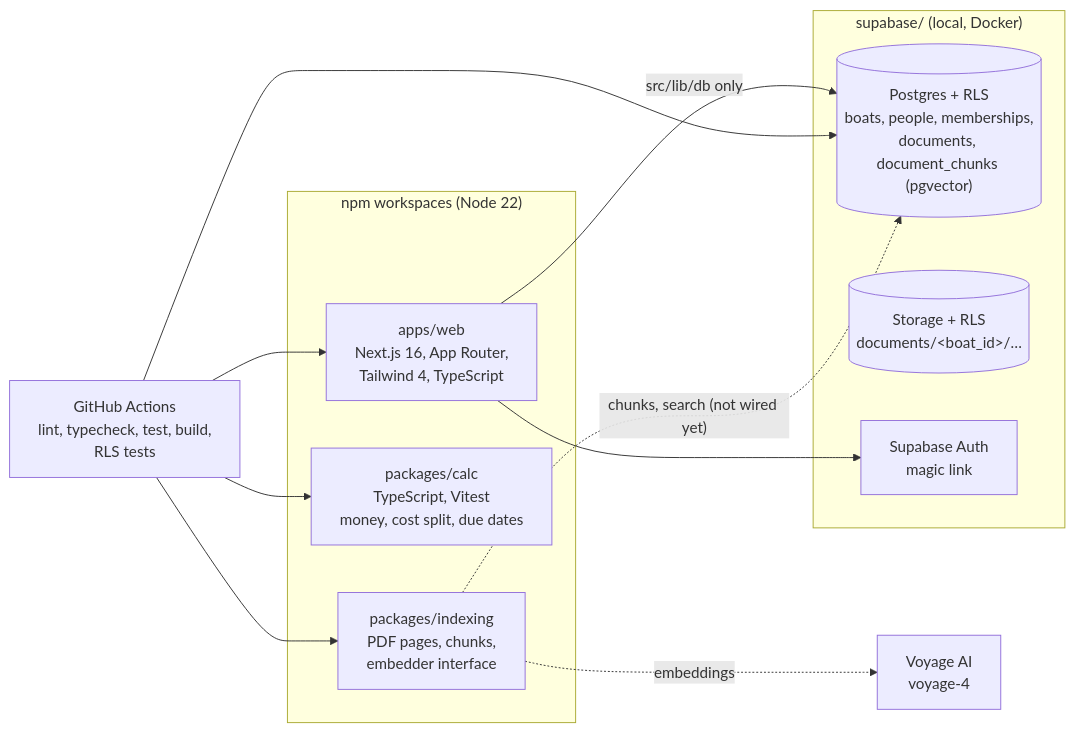
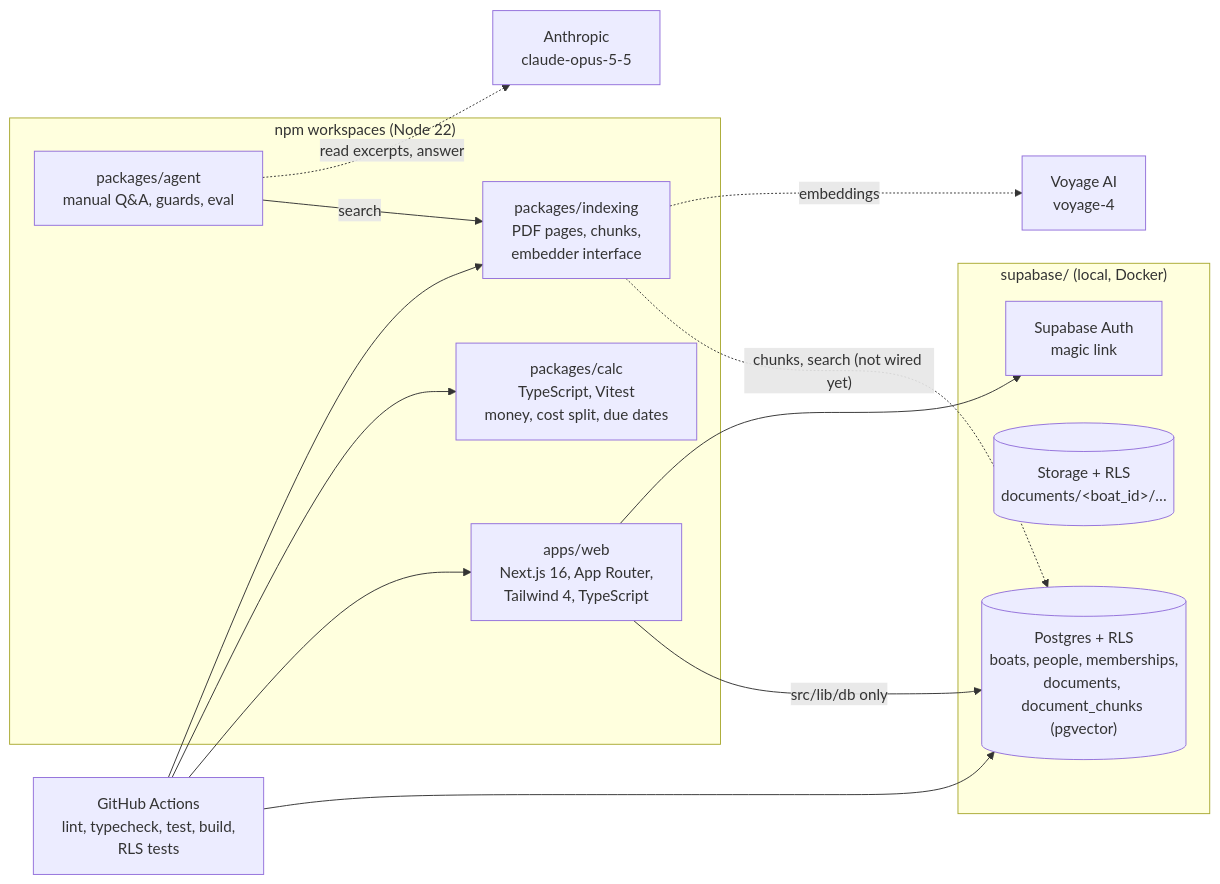
Before and after one commit to heynewton/newton: the third of 6 diagrams in docs/architecture.md, drawn with Mermaid. The commit also changed other lines of this file and 1 other file, not shown here.

First line of the commit message:
Architecture: say what Voyage and Claude each do, and what code checks

````diff
--- a/docs/architecture.md
+++ b/docs/architecture.md
@@ -103,22 +184,25 @@
 ```mermaid
 flowchart LR
   subgraph Repo["npm workspaces (Node 22)"]
     Web["apps/web<br/>Next.js 16, App Router,<br/>Tailwind 4, TypeScript"]
     Calc["packages/calc<br/>TypeScript, Vitest<br/>money, cost split, due dates"]
     Indexing["packages/indexing<br/>PDF pages, chunks,<br/>embedder interface"]
+    AgentPkg["packages/agent<br/>manual Q#amp;A, guards, eval"]
   end
   subgraph Local["supabase/ (local, Docker)"]
     DB[("Postgres + RLS<br/>boats, people, memberships,<br/>documents, document_chunks (pgvector)")]
     Files[("Storage + RLS<br/>documents/#lt;boat_id#gt;/…")]
     Auth["Supabase Auth<br/>magic link"]
   end
   Web -->|"src/lib/db only"| DB
   Web --> Auth
   CI["GitHub Actions<br/>lint, typecheck, test, build,<br/>RLS tests"]
   CI --> Web
   CI --> Calc
   CI --> Indexing
   CI --> DB
   Indexing -.->|"chunks, search (not wired yet)"| DB
   Indexing -.->|"embeddings"| Voyage["Voyage AI<br/>voyage-4"]
+  AgentPkg -->|"search"| Indexing
+  AgentPkg -.->|"read excerpts, answer"| Claude["Anthropic<br/>claude-opus-5-5"]
 ```
````
